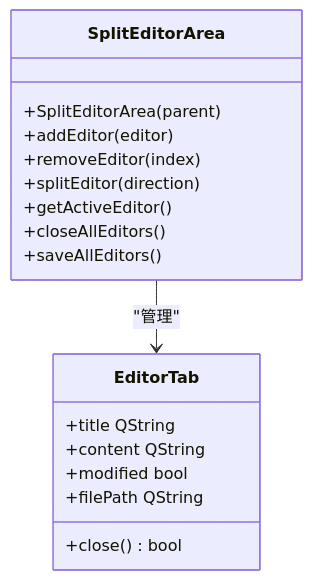
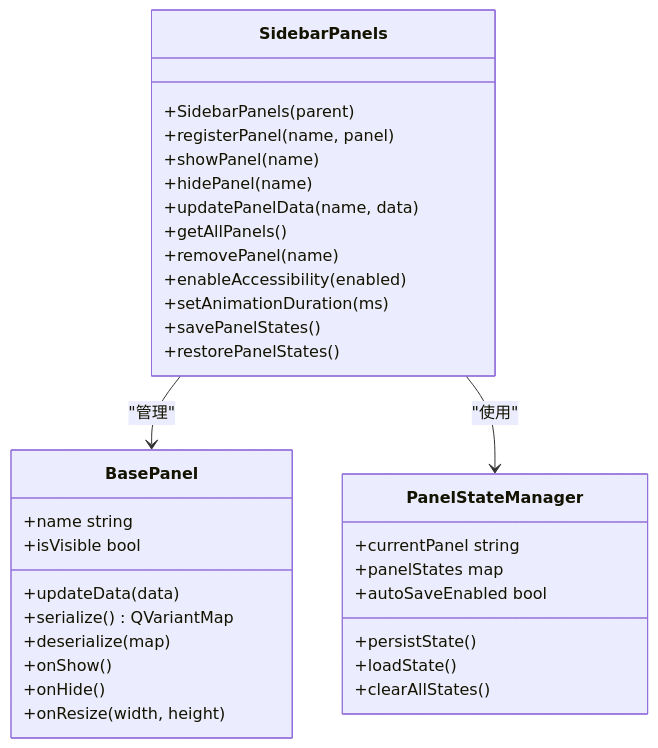
The eighth of 15 diagrams in .qoder/repowiki/zh/content/架构设计/UI系统设计/UI系统设计.md (jakecai1225-design/OpenBus), drawn with Mermaid before and after one commit. The commit also changed other lines of this file and 215 other files, not shown here.

````diff
--- a/.qoder/repowiki/zh/content/架构设计/UI系统设计/UI系统设计.md
+++ b/.qoder/repowiki/zh/content/架构设计/UI系统设计/UI系统设计.md
@@ -556,20 +555,36 @@
 ```mermaid
 classDiagram
-class SplitEditorArea {
-+SplitEditorArea(parent)
-+addEditor(editor)
-+removeEditor(index)
-+splitEditor(direction)
-+getActiveEditor()
-+closeAllEditors()
-+saveAllEditors()
+class SidebarPanels {
++SidebarPanels(parent)
++registerPanel(name, panel)
++showPanel(name)
++hidePanel(name)
++updatePanelData(name, data)
++getAllPanels()
++removePanel(name)
++enableAccessibility(enabled)
++setAnimationDuration(ms)
++savePanelStates()
++restorePanelStates()
 }
-class EditorTab {
-+title QString
-+content QString
-+modified bool
-+filePath QString
-+close() bool
+class BasePanel {
++name string
++isVisible bool
++updateData(data)
++serialize() QVariantMap
++deserialize(map)
++onShow()
++onHide()
++onResize(width, height)
 }
-SplitEditorArea --> EditorTab : "管理"
+class PanelStateManager {
++currentPanel string
++panelStates map
++autoSaveEnabled bool
++persistState()
++loadState()
++clearAllStates()
+}
+SidebarPanels --> BasePanel : "管理"
+SidebarPanels --> PanelStateManager : "使用"
 ```
````
